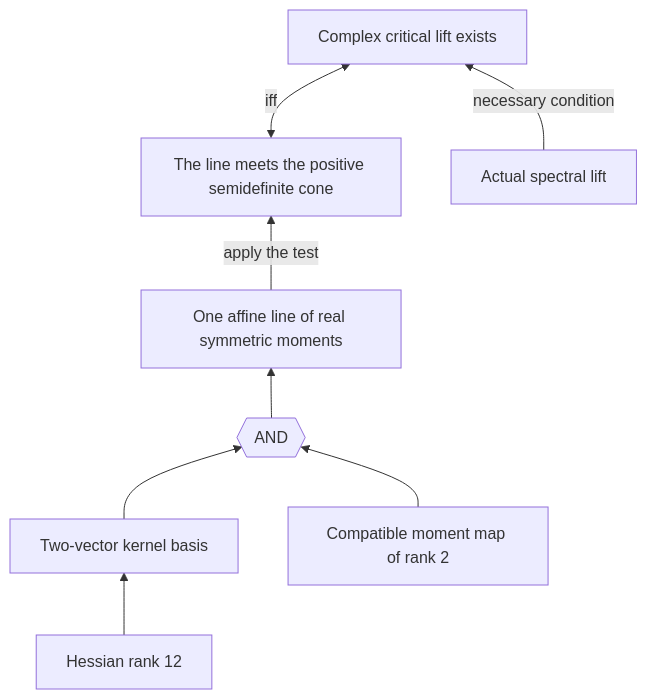
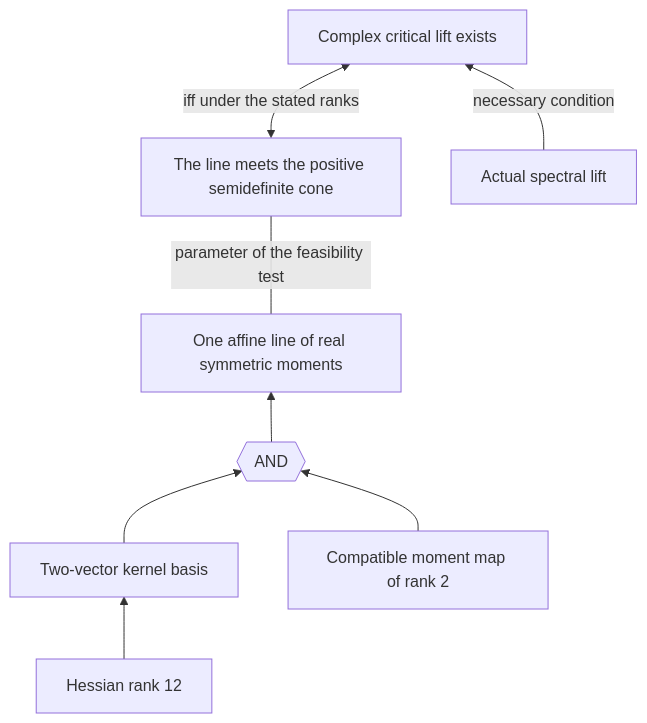
One commit to ascendnoosphere/MOC changed the diagram in Docs/order-four-real-spectral-lift-proof-map.md. Above: the diagram before and after it, drawn with Mermaid. The commit also changed other lines of this file and 148 other files, not shown here.

````diff
--- a/Docs/order-four-real-spectral-lift-proof-map.md
+++ b/Docs/order-four-real-spectral-lift-proof-map.md
@@ -12,20 +12,20 @@
 ```mermaid
 flowchart BT
     accTitle: The real spectral lift test
     accDescr: Rank twelve gives a two-vector Hessian kernel. On the rank-two moment chart, the affine line test is exact for the critical lift. Infeasibility excludes a spectral profile.
     Rank["Hessian rank 12"]
     Kernel["Two-vector kernel basis"]
     Moment["Compatible moment map of rank 2"]
     Both{{"AND"}}
     Line["One affine line of real symmetric moments"]
     PSD["The line meets the positive semidefinite cone"]
     Critical["Complex critical lift exists"]
     Spectral["Actual spectral lift"]
     Rank --> Kernel
     Kernel --> Both
     Moment --> Both
     Both --> Line
-    Line -->|apply the test| PSD
-    PSD <-->|iff| Critical
+    Line ---|parameter of the feasibility test| PSD
+    PSD <-->|iff under the stated ranks| Critical
     Spectral -->|necessary condition| Critical
 ```
````
